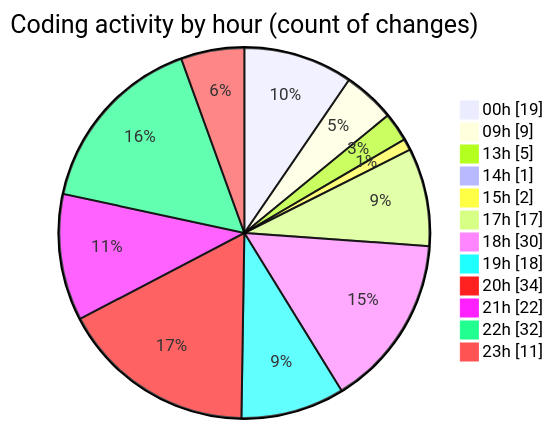
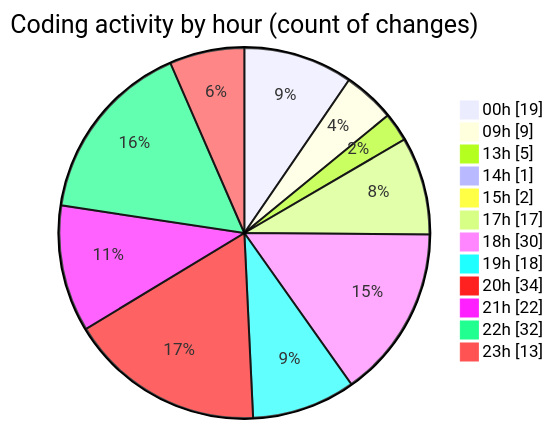
Before and after one commit to EIIisD/code-tracking: the second of 2 diagrams in 2025-08-12/ribbon/README.md, drawn with Mermaid. The commit also changed other lines of this file and 1 other file, not shown here.

````diff
--- a/2025-08-12/ribbon/README.md
+++ b/2025-08-12/ribbon/README.md
@@ -58,16 +58,16 @@
 ```mermaid
 pie showData
 title Coding activity by hour (count of changes)
 "00h" : 19
 "09h" : 9
 "13h" : 5
 "14h" : 1
 "15h" : 2
 "17h" : 17
 "18h" : 30
 "19h" : 18
 "20h" : 34
 "21h" : 22
 "22h" : 32
-"23h" : 11
+"23h" : 13
 ```
````
